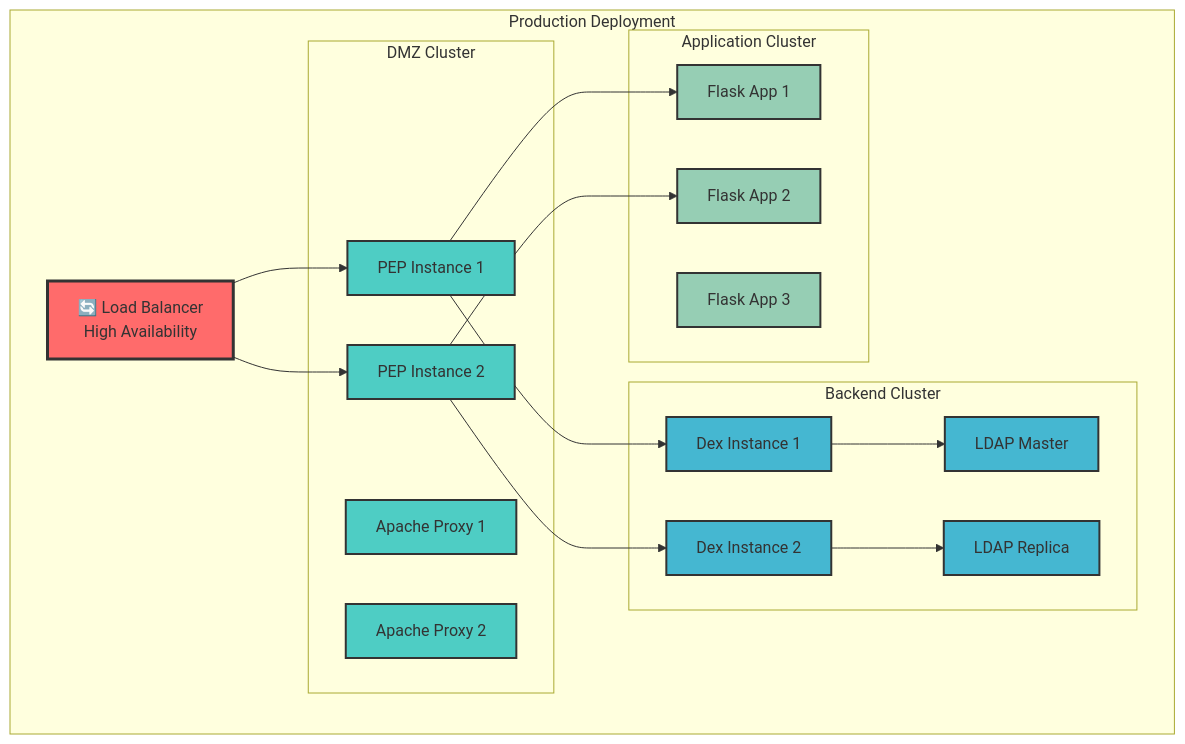
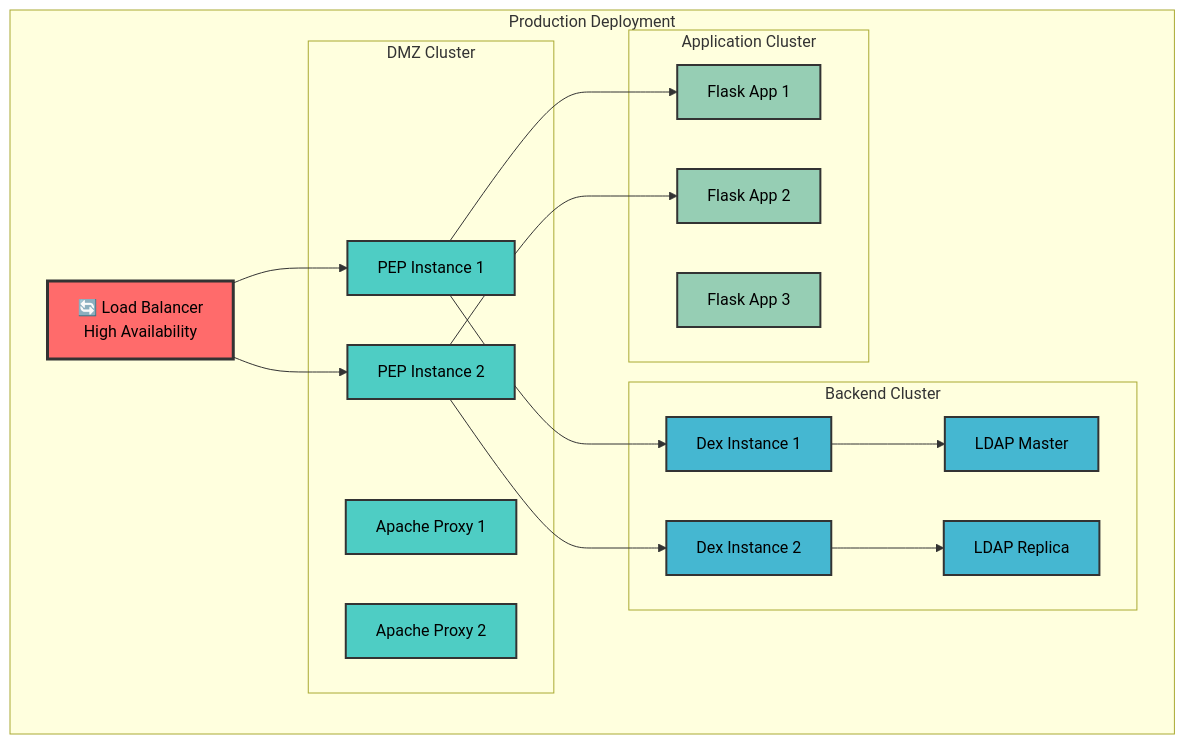
The ninth of 10 diagrams in PRESENTATION.md (randomKara/ldap-dex-IDP), drawn with Mermaid before and after one commit. The commit also changed other lines of this file, not shown here.

````diff
--- a/PRESENTATION.md
+++ b/PRESENTATION.md
@@ -359,45 +359,45 @@
 ```mermaid
 graph TB
     subgraph "Production Deployment"
         LB[🔄 Load Balancer<br/>High Availability]
         
         subgraph "DMZ Cluster"
             PEP1[PEP Instance 1]
             PEP2[PEP Instance 2]
             AP1[Apache Proxy 1]
             AP2[Apache Proxy 2]
         end
         
         subgraph "Backend Cluster"
             DEX1[Dex Instance 1]
             DEX2[Dex Instance 2]
             LDAP_MASTER[LDAP Master]
             LDAP_REPLICA[LDAP Replica]
         end
         
         subgraph "Application Cluster"
             APP1[Flask App 1]
             APP2[Flask App 2]
             APP3[Flask App 3]
         end
     end
     
     LB --> PEP1
     LB --> PEP2
     PEP1 --> DEX1
     PEP2 --> DEX2
     DEX1 --> LDAP_MASTER
     DEX2 --> LDAP_REPLICA
     PEP1 --> APP1
     PEP2 --> APP2
     
-    classDef lb fill:#ff6b6b,stroke:#333,stroke-width:3px
-    classDef dmz fill:#4ecdc4,stroke:#333,stroke-width:2px
-    classDef backend fill:#45b7d1,stroke:#333,stroke-width:2px
-    classDef app fill:#96ceb4,stroke:#333,stroke-width:2px
+    classDef lb fill:#ff6b6b,stroke:#333,stroke-width:3px,color:#000000
+    classDef dmz fill:#4ecdc4,stroke:#333,stroke-width:2px,color:#000000
+    classDef backend fill:#45b7d1,stroke:#333,stroke-width:2px,color:#000000
+    classDef app fill:#96ceb4,stroke:#333,stroke-width:2px,color:#000000
     
     class LB lb
     class PEP1,PEP2,AP1,AP2 dmz
     class DEX1,DEX2,LDAP_MASTER,LDAP_REPLICA backend
     class APP1,APP2,APP3 app
 ```
````
